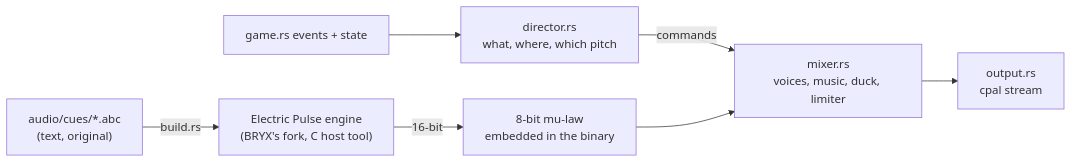
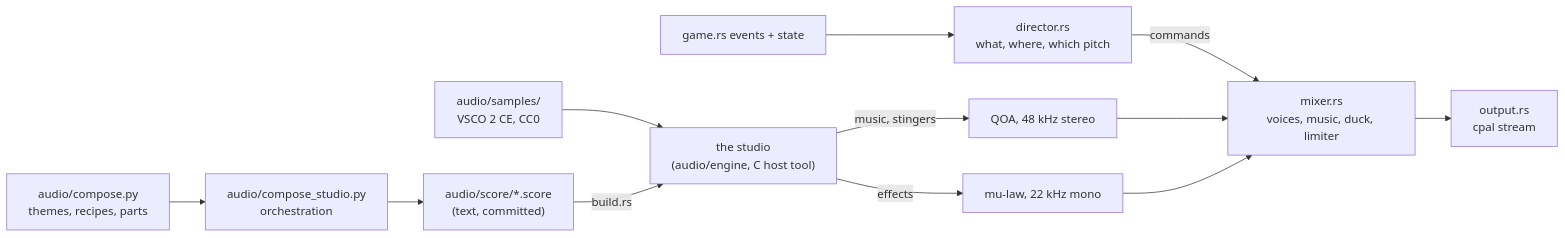
The diagram in docs/design/audio.md (chussenot/arkanoid), drawn with Mermaid before and after one commit. The commit also changed other lines of this file and 17 other files, not shown here.

````diff
--- a/docs/design/audio.md
+++ b/docs/design/audio.md
@@ -43,9 +47,14 @@
 ```mermaid
 flowchart LR
-  ABC["audio/cues/*.abc<br/>(text, original)"] -->|build.rs| Tool["Electric Pulse engine<br/>(BRYX's fork, C host tool)"]
-  Tool -->|16-bit| PCM["8-bit mu-law<br/>embedded in the binary"]
+  Notes["audio/compose.py<br/>themes, recipes, parts"] --> Arr["audio/compose_studio.py<br/>orchestration"]
+  Arr --> Score["audio/score/*.score<br/>(text, committed)"]
+  Samples["audio/samples/<br/>VSCO 2 CE, CC0"] --> Tool
+  Score -->|build.rs| Tool["the studio<br/>(audio/engine, C host tool)"]
+  Tool -->|music, stingers| QOA["QOA, 48 kHz stereo"]
+  Tool -->|effects| Mu["mu-law, 22 kHz mono"]
   Game[game.rs events + state] --> Dir["director.rs<br/>what, where, which pitch"]
   Dir -->|commands| Mix["mixer.rs<br/>voices, music, duck, limiter"]
-  PCM --> Mix
+  QOA --> Mix
+  Mu --> Mix
   Mix --> Out["output.rs<br/>cpal stream"]
 ```
````
